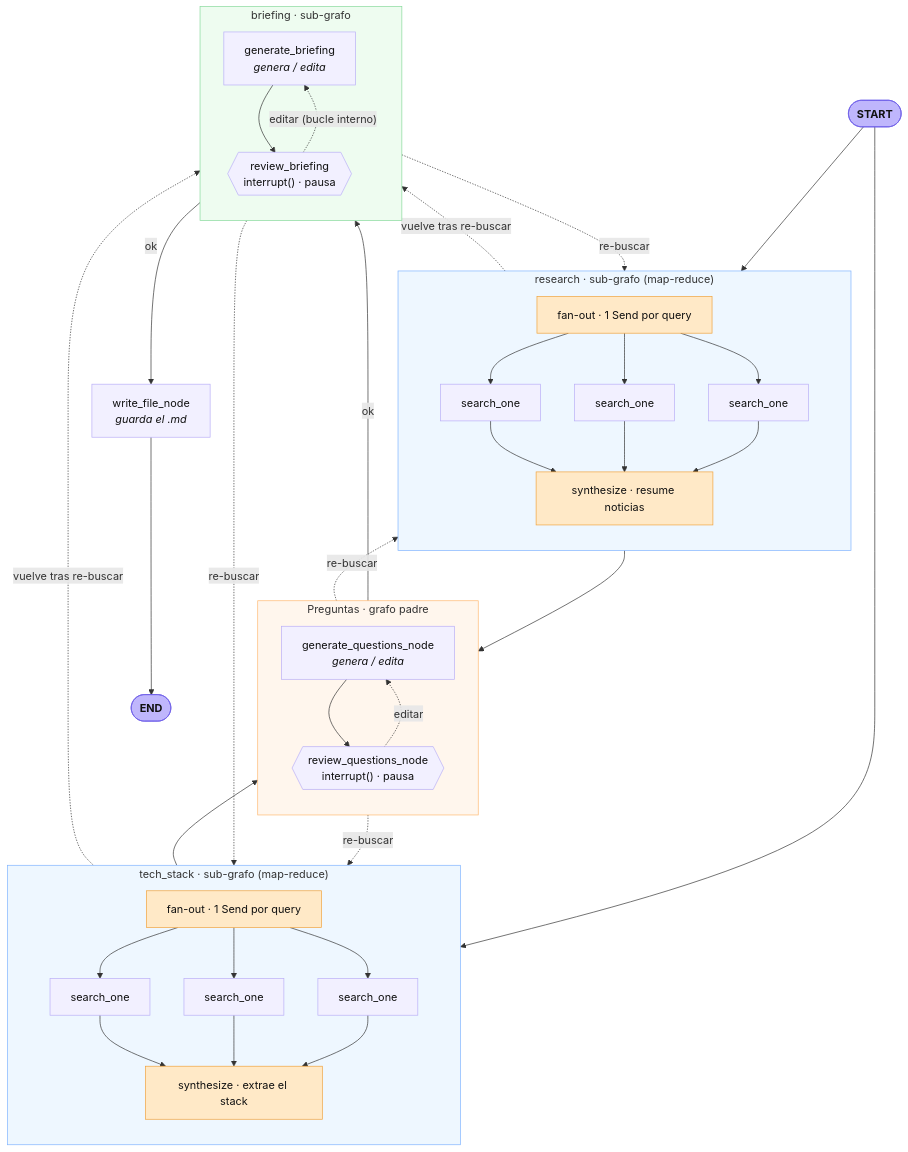
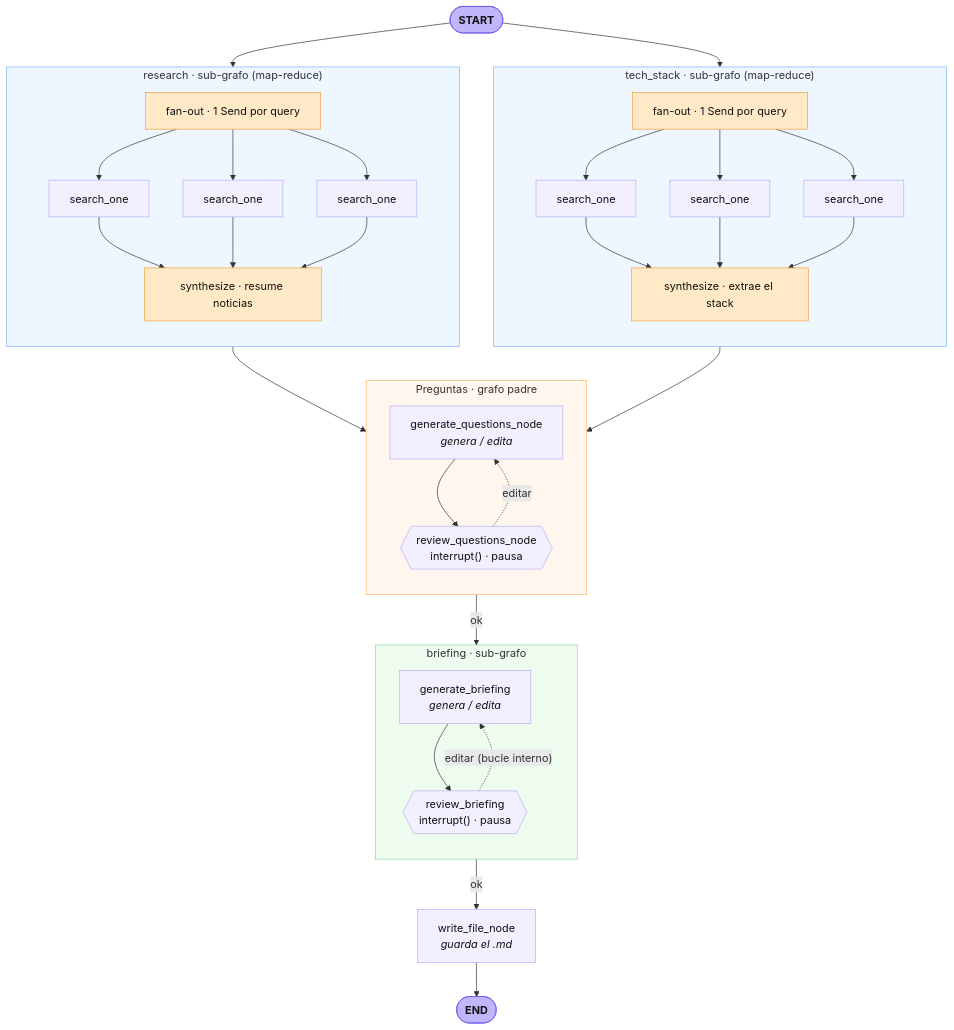
The diagram in README.md (JorgePulgar/interview-preparation-agent), drawn with Mermaid before and after one commit. The commit also changed other lines of this file and 3 other files, not shown here.

First line of the commit message:
fix(docs): clean vertical diagram layout by dropping re-search back-edges

````diff
--- a/README.md
+++ b/README.md
@@ -35,66 +35,59 @@
 ```mermaid
 flowchart TD
     START([START]):::se
 
     subgraph RES["research · sub-grafo (map-reduce)"]
         direction TB
         rfan["fan-out · 1 Send por query"]:::map
         rw1["search_one"]
         rw2["search_one"]
         rw3["search_one"]
         rsyn["synthesize · resume noticias"]:::map
         rfan --> rw1 & rw2 & rw3 --> rsyn
     end
 
     subgraph TEC["tech_stack · sub-grafo (map-reduce)"]
         direction TB
         tfan["fan-out · 1 Send por query"]:::map
         tw1["search_one"]
         tw2["search_one"]
         tw3["search_one"]
         tsyn["synthesize · extrae el stack"]:::map
         tfan --> tw1 & tw2 & tw3 --> tsyn
     end
 
     subgraph QST["Preguntas · grafo padre"]
         direction TB
         genq["generate_questions_node<br/><i>genera / edita</i>"]
         revq{{"review_questions_node<br/>interrupt() · pausa"}}
         genq --> revq
         revq -. "editar" .-> genq
     end
 
     subgraph BRF["briefing · sub-grafo"]
         direction TB
         genb["generate_briefing<br/><i>genera / edita</i>"]
         revb{{"review_briefing<br/>interrupt() · pausa"}}
         genb --> revb
         revb -. "editar (bucle interno)" .-> genb
     end
 
     write["write_file_node<br/><i>guarda el .md</i>"]
     DONE([END]):::se
 
     START --> RES
     START --> TEC
     RES --> QST
     TEC --> QST
     QST -- "ok" --> BRF
     BRF -- "ok" --> write
     write --> DONE
 
-    QST -. "re-buscar" .-> RES
-    QST -. "re-buscar" .-> TEC
-    BRF -. "re-buscar" .-> RES
-    BRF -. "re-buscar" .-> TEC
-    RES -. "vuelve tras re-buscar" .-> BRF
-    TEC -. "vuelve tras re-buscar" .-> BRF
-
     classDef se fill:#bfb6fc,stroke:#6c5ce7,color:#111,font-weight:bold;
     classDef default fill:#f2f0ff,stroke:#b9aef7,color:#111;
     classDef map fill:#ffe9c7,stroke:#f0a23b,color:#111;
     style RES fill:#eef7ff,stroke:#7fb3ff
     style TEC fill:#eef7ff,stroke:#7fb3ff
     style QST fill:#fff6ed,stroke:#ffb870
     style BRF fill:#eefcf0,stroke:#86d99a
 ```
````
